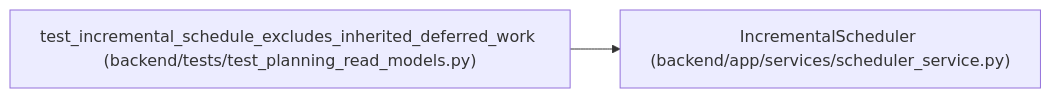
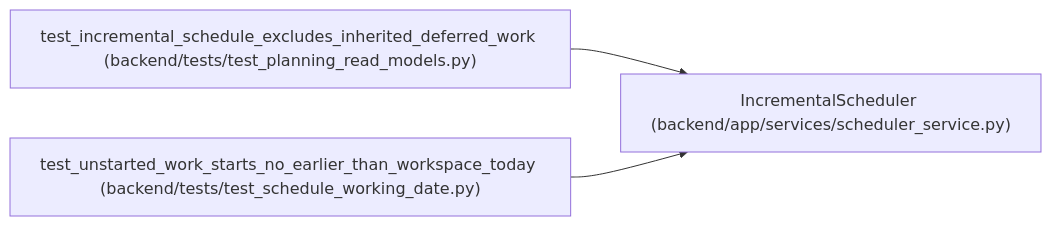
One commit to Denissvgn/WorkChord changed the diagram in docs/llm_wiki/entities/IncrementalScheduler.md. Above: the diagram before and after it, drawn with Mermaid. The commit also changed other lines of this file and 2373 other files, not shown here.

````diff
--- a/docs/llm_wiki/entities/IncrementalScheduler.md
+++ b/docs/llm_wiki/entities/IncrementalScheduler.md
@@ -38,8 +38,11 @@
 ```mermaid
 flowchart LR
     n0["IncrementalScheduler (backend/app/services/scheduler_service.py)"]
     n1["test_incremental_schedule_excludes_inherited_deferred_work (backend/tests/test_planning_read_models.py)"]
+    n2["test_unstarted_work_starts_no_earlier_than_workspace_today (backend/tests/test_schedule_working_date.py)"]
     n1 --> n0
+    n2 --> n0
     click n0 "../modules/scheduler_service.md"
     click n1 "../modules/test_planning_read_models.md"
+    click n2 "../modules/test_schedule_working_date.md"
 ```
````
